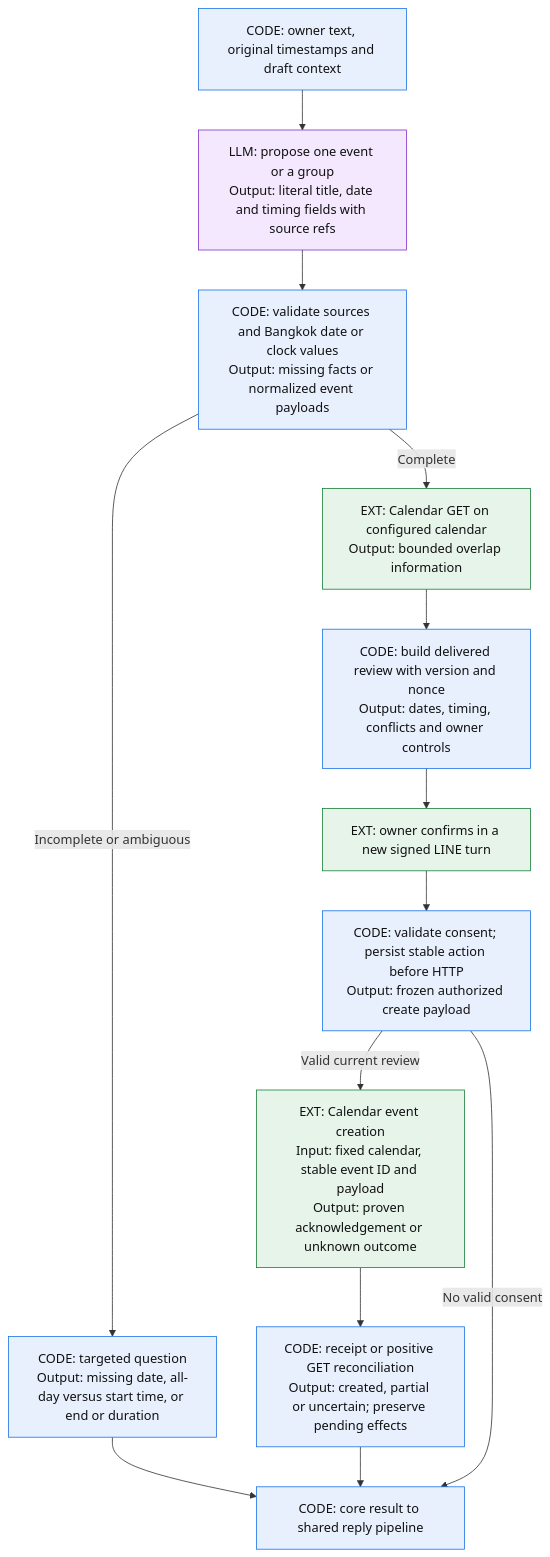
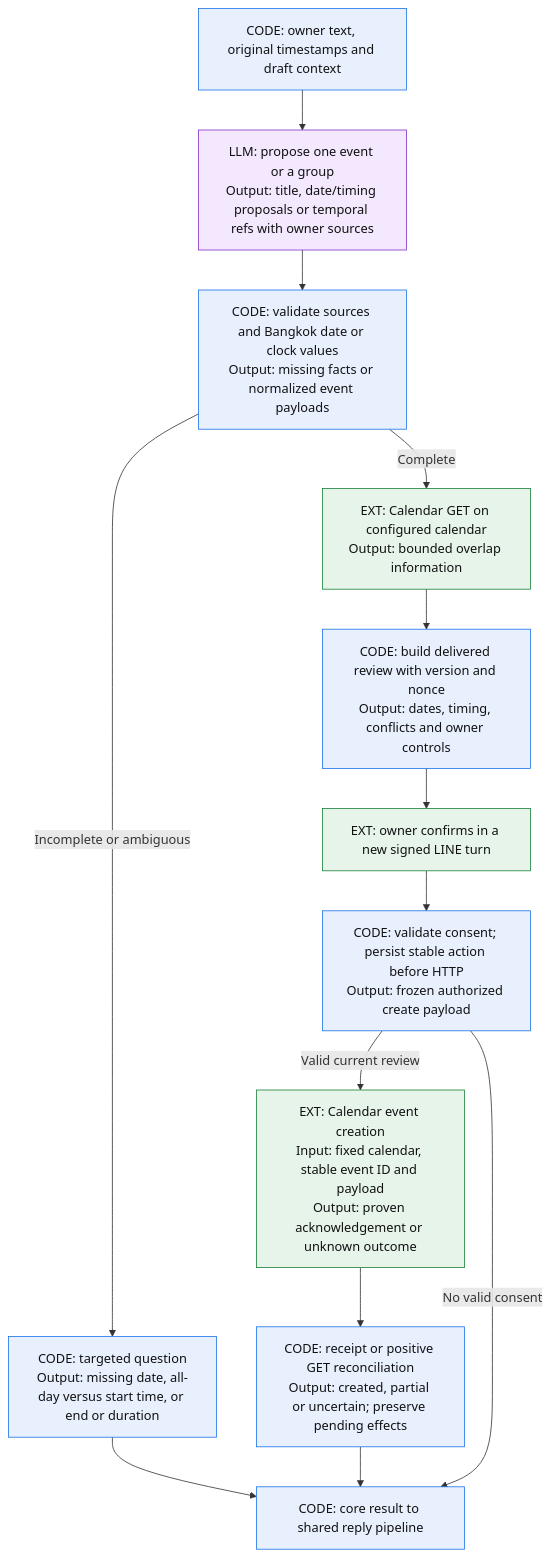
One commit to thanaphatt1/line-personal-assistant changed the fourth of 5 diagrams in docs/system-flow.md. Above: the diagram before and after it, drawn with Mermaid. The commit also changed other lines of this file and 58 other files, not shown here.

Commit message:
Add schema-driven planning and read-only SQL analysis

````diff
--- a/docs/system-flow.md
+++ b/docs/system-flow.md
@@ -94,22 +127,22 @@
 ```mermaid
 flowchart TD
     Input["CODE: owner text, original timestamps and draft context"]:::code
-    Model["LLM: propose one event or a group<br/>Output: literal title, date and timing fields with source refs"]:::llm
+    Model["LLM: propose one event or a group<br/>Output: title, date/timing proposals or temporal refs with owner sources"]:::llm
     Validate["CODE: validate sources and Bangkok date or clock values<br/>Output: missing facts or normalized event payloads"]:::code
     Missing["CODE: targeted question<br/>Output: missing date, all-day versus start time, or end or duration"]:::code
     Busy["EXT: Calendar GET on configured calendar<br/>Output: bounded overlap information"]:::ext
     Review["CODE: build delivered review with version and nonce<br/>Output: dates, timing, conflicts and owner controls"]:::code
     Owner["EXT: owner confirms in a new signed LINE turn"]:::ext
     Consent["CODE: validate consent; persist stable action before HTTP<br/>Output: frozen authorized create payload"]:::code
     Calendar["EXT: Calendar event creation<br/>Input: fixed calendar, stable event ID and payload<br/>Output: proven acknowledgement or unknown outcome"]:::ext
     Recover["CODE: receipt or positive GET reconciliation<br/>Output: created, partial or uncertain; preserve pending effects"]:::code
     Result["CODE: core result to shared reply pipeline"]:::code
     Input --> Model --> Validate
     Validate -->|"Incomplete or ambiguous"| Missing --> Result
     Validate -->|"Complete"| Busy --> Review --> Owner --> Consent
     Consent -->|"Valid current review"| Calendar --> Recover --> Result
     Consent -->|"No valid consent"| Result
     classDef code fill:#E8F0FE,stroke:#1A73E8,color:#111;
     classDef llm fill:#F3E8FD,stroke:#8430CE,color:#111;
     classDef ext fill:#E6F4EA,stroke:#188038,color:#111;
 ```
````
